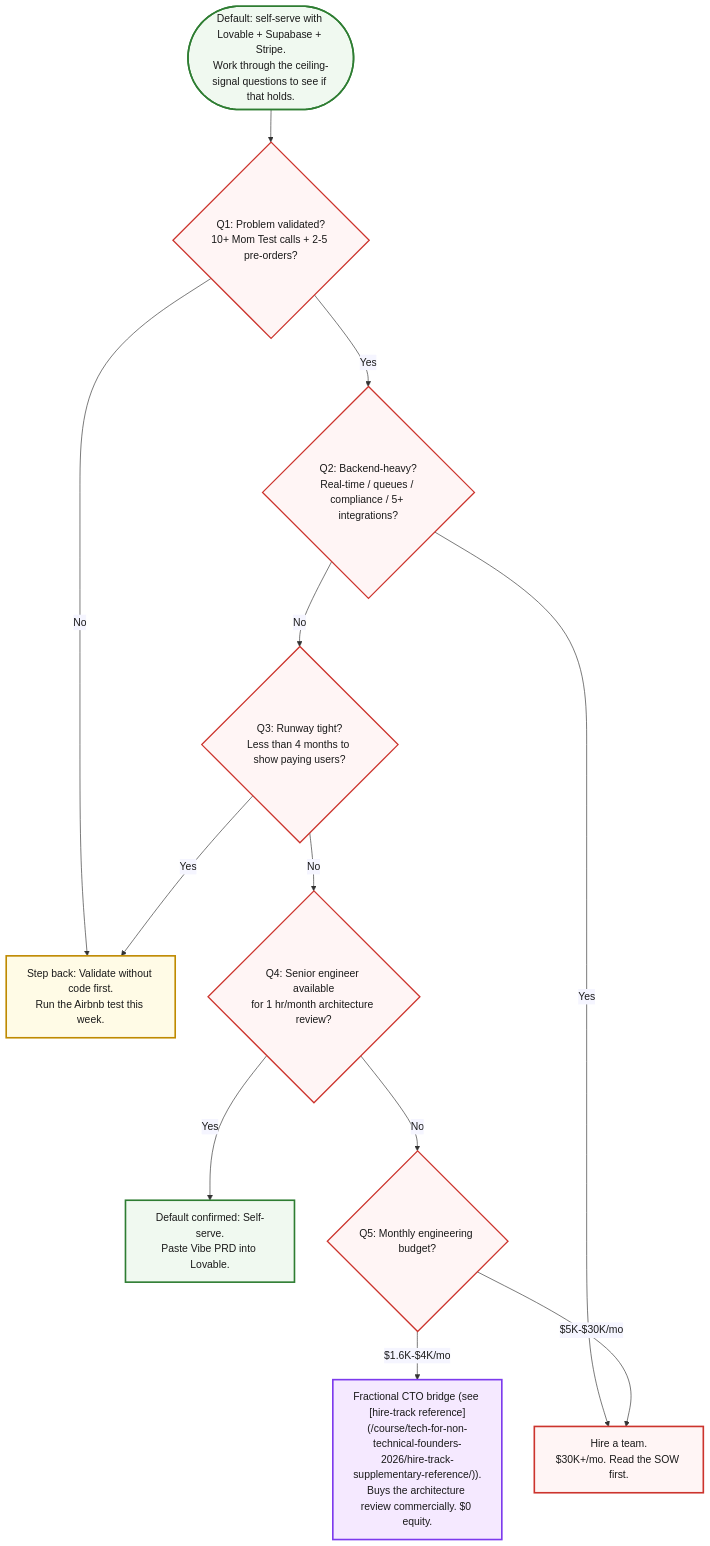
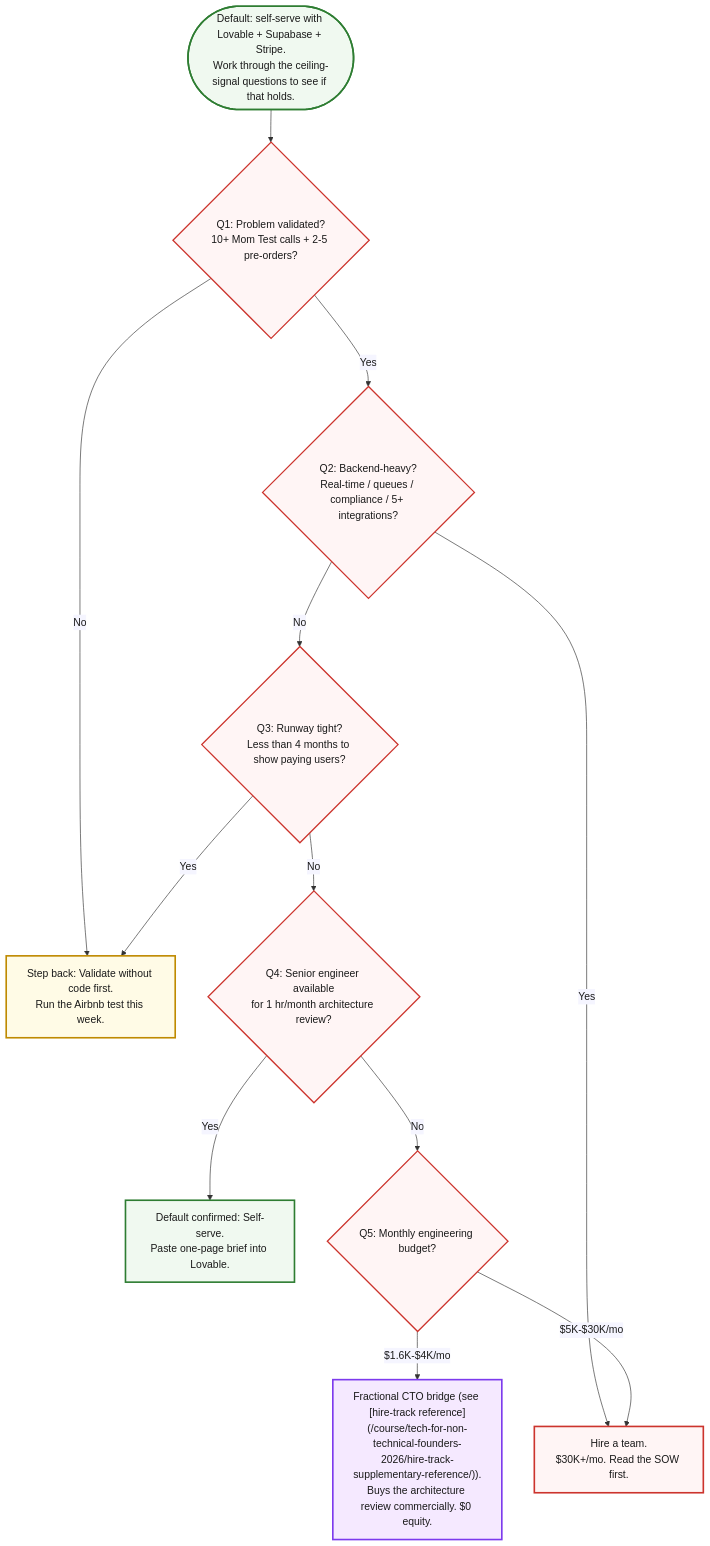
One commit to jetthoughts/jetthoughts.github.io changed the diagram in content/course/tech-for-non-technical-founders-2026/should-you-hire-2026-decision-tree/index.md. Above: the diagram before and after it, drawn with Mermaid. The commit also changed other lines of this file and 81 other files, not shown here.

````diff
--- a/content/course/tech-for-non-technical-founders-2026/should-you-hire-2026-decision-tree/index.md
+++ b/content/course/tech-for-non-technical-founders-2026/should-you-hire-2026-decision-tree/index.md
@@ -101,30 +104,30 @@
 ```mermaid
 %%{init: {'theme':'base', 'themeVariables': {'fontFamily':'Caveat, Patrick Hand, cursive', 'primaryColor':'#fff5f5', 'primaryBorderColor':'#cc342d', 'lineColor':'#333', 'primaryTextColor':'#1a1a1a'}}}%%
 flowchart TD
     Start(["Default: self-serve with Lovable + Supabase + Stripe.<br/>Work through the ceiling-signal questions to see if that holds."])
     Start --> Q1{"Q1: Problem validated?<br/>10+ Mom Test calls + 2-5 pre-orders?"}
     Q1 -->|No| Validate["Step back: Validate without code first.<br/>Run the Airbnb test this week."]
     Q1 -->|Yes| Q2{"Q2: Backend-heavy?<br/>Real-time / queues / compliance / 5+ integrations?"}
     Q2 -->|No| Q3{"Q3: Runway tight?<br/>Less than 4 months to show paying users?"}
     Q2 -->|Yes| Hire["Hire a team.<br/>$30K+/mo. Read the SOW first."]
     Q3 -->|No| Q4{"Q4: Senior engineer available<br/>for 1 hr/month architecture review?"}
     Q3 -->|Yes| Validate
-    Q4 -->|Yes| SelfServe["Default confirmed: Self-serve.<br/>Paste Vibe PRD into Lovable."]
+    Q4 -->|Yes| SelfServe["Default confirmed: Self-serve.<br/>Paste one-page brief into Lovable."]
     Q4 -->|No| Q5{"Q5: Monthly engineering budget?"}
     Q5 -->|"$1.6K-$4K/mo"| Fractional["Fractional CTO bridge (see [hire-track reference](/course/tech-for-non-technical-founders-2026/hire-track-supplementary-reference/)).<br/>Buys the architecture review commercially. $0 equity."]
     Q5 -->|"$5K-$30K/mo"| Hire
 
     classDef start fill:#f0f9f0,stroke:#2e7d32,stroke-width:2.5px,color:#1a1a1a
     classDef question fill:#fff5f5,stroke:#cc342d,stroke-width:2px,color:#1a1a1a
     classDef validate fill:#fffbe6,stroke:#bf8a00,stroke-width:2.5px,color:#1a1a1a
     classDef serve fill:#f0f9f0,stroke:#2e7d32,stroke-width:2.5px,color:#1a1a1a
     classDef frac fill:#f5e9ff,stroke:#7c3aed,stroke-width:2.5px,color:#1a1a1a
     classDef hire fill:#fff5f5,stroke:#cc342d,stroke-width:2.5px,color:#1a1a1a
 
     class Start start
     class Q1,Q2,Q3,Q4,Q5 question
     class Validate validate
     class SelfServe serve
     class Fractional frac
     class Hire hire
 ```
````
